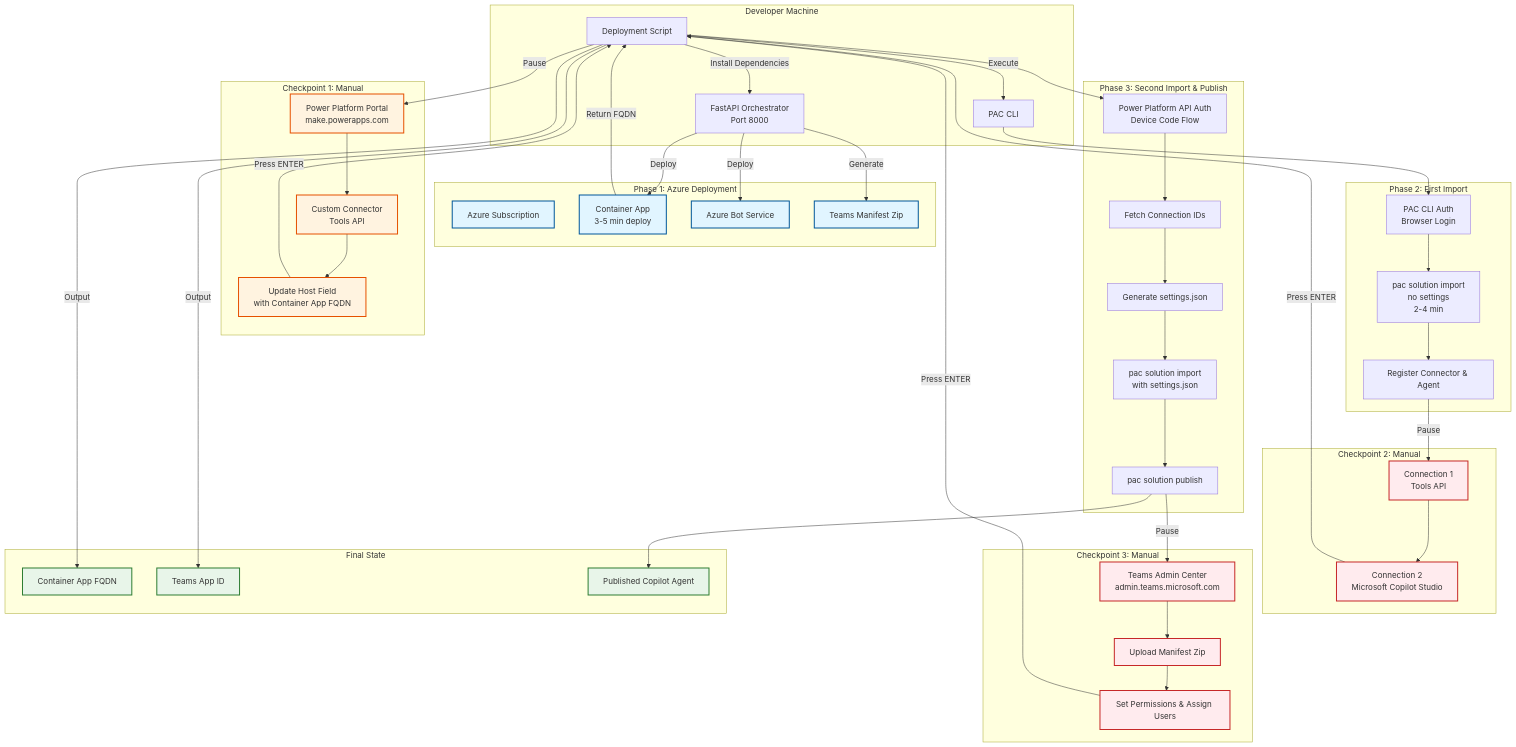
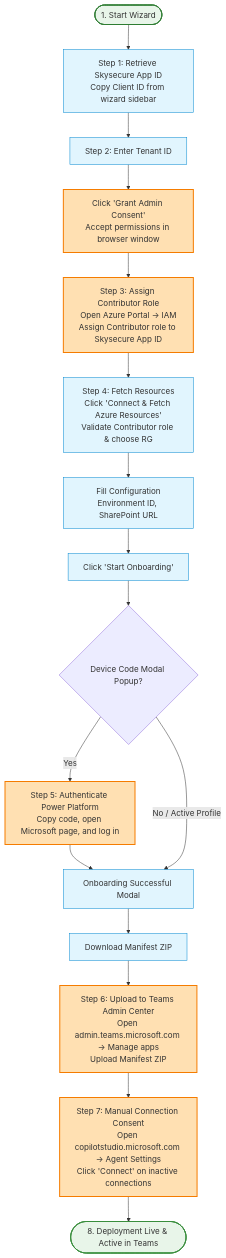
The first of 2 diagrams in deployment-architecture.md (samSkysecure/Shaprepoint-agent-deploy), drawn with Mermaid before and after one commit. The commit also changed other lines of this file and 9 other files, not shown here.

Commit message:
docgen agent deployer script

````diff
--- a/deployment-architecture.md
+++ b/deployment-architecture.md
@@ -8,94 +11,39 @@
 ```mermaid
-graph TB
-    subgraph "Developer Machine"
-        DEV[Deployment Script]
-        ORCH[FastAPI Orchestrator<br/>Port 8000]
-        PAC[PAC CLI]
-    end
+flowchart TD
+    %% Styling Definitions
+    classDef start fill:#e8f5e9,stroke:#2e7d32,stroke-width:2px;
+    classDef step fill:#e1f5fe,stroke:#0288d1,stroke-width:1px;
+    classDef action fill:#ffe0b2,stroke:#f57c00,stroke-width:2px;
+    classDef final fill:#e8f5e9,stroke:#388e3c,stroke-width:2px;
 
-    subgraph "Phase 1: Azure Deployment"
-        AZURE[Azure Subscription]
-        CA[Container App<br/>3-5 min deploy]
-        BS[Azure Bot Service]
-        TM[Teams Manifest Zip]
-    end
+    %% Nodes
+    Start([1. Start Wizard]) --> Step1[Step 1: Retrieve Skysecure App ID<br/>Copy Client ID from wizard sidebar]
+    
+    Step1 --> Step2Input[Step 2: Enter Tenant ID]
+    Step2Input --> Step2Consent[Click 'Grant Admin Consent'<br/>Accept permissions in browser window]
+    
+    Step2Consent --> Step3[Step 3: Assign Contributor Role<br/>Open Azure Portal -> IAM<br/>Assign Contributor role to Skysecure App ID]
+    
+    Step3 --> Step4Fetch[Step 4: Fetch Resources<br/>Click 'Connect & Fetch Azure Resources'<br/>Validate Contributor role & choose RG]
+    
+    Step4Fetch --> Step4Form[Fill Configuration<br/>Environment ID, SharePoint URL]
+    Step4Form --> Step4Trigger[Click 'Start Onboarding']
+    
+    Step4Trigger --> Step5Modal{Device Code Modal Popup?}
+    Step5Modal -- Yes --> Step5Auth[Step 5: Authenticate Power Platform<br/>Copy code, open Microsoft page, and log in]
+    Step5Auth --> Step6Success
+    Step5Modal -- No / Active Profile --> Step6Success[Onboarding Successful Modal]
+    
+    Step6Success --> Step6Download[Download Manifest ZIP]
+    Step6Download --> Step6Upload[Step 6: Upload to Teams Admin Center<br/>Open admin.teams.microsoft.com -> Manage apps<br/>Upload Manifest ZIP]
+    
+    Step6Upload --> Step7Consent[Step 7: Manual Connection Consent<br/>Open copilotstudio.microsoft.com -> Agent Settings<br/>Click 'Connect' on inactive connections]
+    
+    Step7Consent --> Complete([8. Deployment Live & Active in Teams])
 
-    subgraph "Checkpoint 1: Manual"
-        PP1[Power Platform Portal<br/>make.powerapps.com]
-        CC[Custom Connector<br/>Tools API]
-        URL[Update Host Field<br/>with Container App FQDN]
-    end
-
-    subgraph "Phase 2: First Import"
-        AUTH1[PAC CLI Auth<br/>Browser Login]
-        IMPORT1[pac solution import<br/>no settings<br/>2-4 min]
-        REG[Register Connector & Agent]
-    end
-
-    subgraph "Checkpoint 2: Manual"
-        CONN1[Connection 1<br/>Tools API]
-        CONN2[Connection 2<br/>Microsoft Copilot Studio]
-    end
-
-    subgraph "Phase 3: Second Import & Publish"
-        AUTH2[Power Platform API Auth<br/>Device Code Flow]
-        API[Fetch Connection IDs]
-        SETTINGS[Generate settings.json]
-        IMPORT2[pac solution import<br/>with settings.json]
-        PUBLISH[pac solution publish]
-    end
-
-    subgraph "Checkpoint 3: Manual"
-        TAC[Teams Admin Center<br/>admin.teams.microsoft.com]
-        UPLOAD[Upload Manifest Zip]
-        PERM[Set Permissions & Assign Users]
-    end
-
-    subgraph "Final State"
-        FQDN[Container App FQDN]
-        APPID[Teams App ID]
-        AGENT[Published Copilot Agent]
-    end
-
-    %% Flow
-    DEV -->|Install Dependencies| ORCH
-    ORCH -->|Deploy| CA
-    ORCH -->|Deploy| BS
-    ORCH -->|Generate| TM
-    CA -->|Return FQDN| DEV
-    DEV -->|Pause| PP1
-    PP1 --> CC
-    CC --> URL
-    URL -->|Press ENTER| DEV
-    DEV -->|Execute| PAC
-    PAC --> AUTH1
-    AUTH1 --> IMPORT1
-    IMPORT1 --> REG
-    REG -->|Pause| CONN1
-    CONN1 --> CONN2
-    CONN2 -->|Press ENTER| DEV
-    DEV --> AUTH2
-    AUTH2 --> API
-    API --> SETTINGS
-    SETTINGS --> IMPORT2
-    IMPORT2 --> PUBLISH
-    PUBLISH -->|Pause| TAC
-    TAC --> UPLOAD
-    UPLOAD --> PERM
-    PERM -->|Press ENTER| DEV
-    DEV -->|Output| FQDN
-    DEV -->|Output| APPID
-    PUBLISH --> AGENT
-
-    %% Styling
-    classDef phase fill:#e1f5ff,stroke:#01579b,stroke-width:2px
-    classDef checkpoint fill:#fff3e0,stroke:#e65100,stroke-width:2px
-    classDef manual fill:#ffebee,stroke:#c62828,stroke-width:2px
-    classDef final fill:#e8f5e9,stroke:#2e7d32,stroke-width:2px
-
-    class AZURE,CA,BS,TM phase
-    class PP1,CC,URL checkpoint
-    class CONN1,CONN2 manual
-    class TAC,UPLOAD,PERM manual
-    class FQDN,APPID,AGENT final
+    %% Class assignments
+    class Start start;
+    class Step1,Step2Input,Step4Fetch,Step4Form,Step4Trigger,Step6Success,Step6Download step;
+    class Step2Consent,Step3,Step5Auth,Step6Upload,Step7Consent action;
+    class Complete final;
 ```
````
